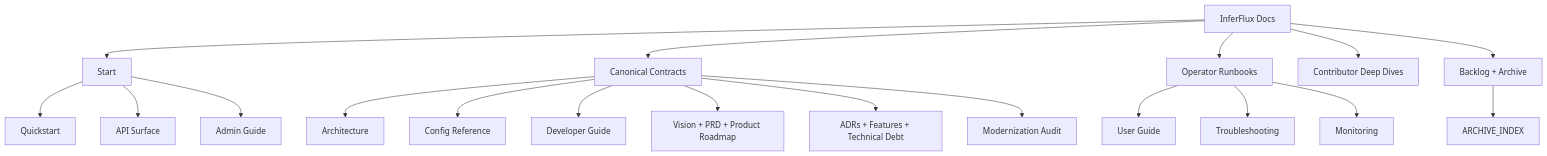
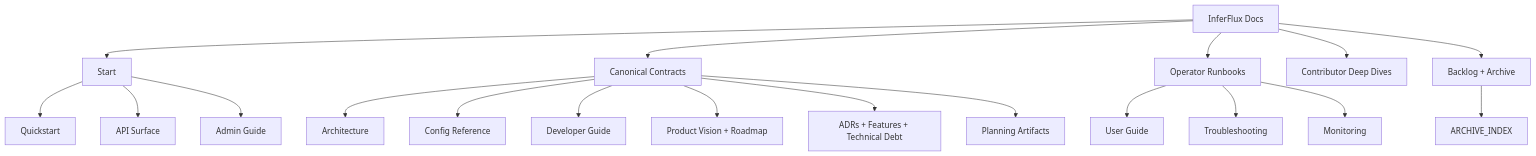
One commit to anvai-labs/inferflux changed the diagram in docs/INDEX.md. Above: the diagram before and after it, drawn with Mermaid. The commit also changed other lines of this file and 71 other files, not shown here.

````diff
--- a/docs/INDEX.md
+++ b/docs/INDEX.md
@@ -5,25 +5,25 @@
 ```mermaid
 graph TD
     A[InferFlux Docs] --> B[Start]
     A --> C[Canonical Contracts]
     A --> D[Operator Runbooks]
     A --> E[Contributor Deep Dives]
     A --> F[Backlog + Archive]
 
     B --> B1[Quickstart]
     B --> B2[API Surface]
     B --> B3[Admin Guide]
 
     C --> C1[Architecture]
     C --> C2[Config Reference]
     C --> C3[Developer Guide]
-    C --> C4[Vision + PRD + Product Roadmap]
+    C --> C4[Product Vision + Roadmap]
     C --> C6[ADRs + Features + Technical Debt]
-    C --> C5[Modernization Audit]
+    C --> C5[Planning Artifacts]
 
     D --> D1[User Guide]
     D --> D2[Troubleshooting]
     D --> D3[Monitoring]
 
     F --> F2[ARCHIVE_INDEX]
 ```
````
